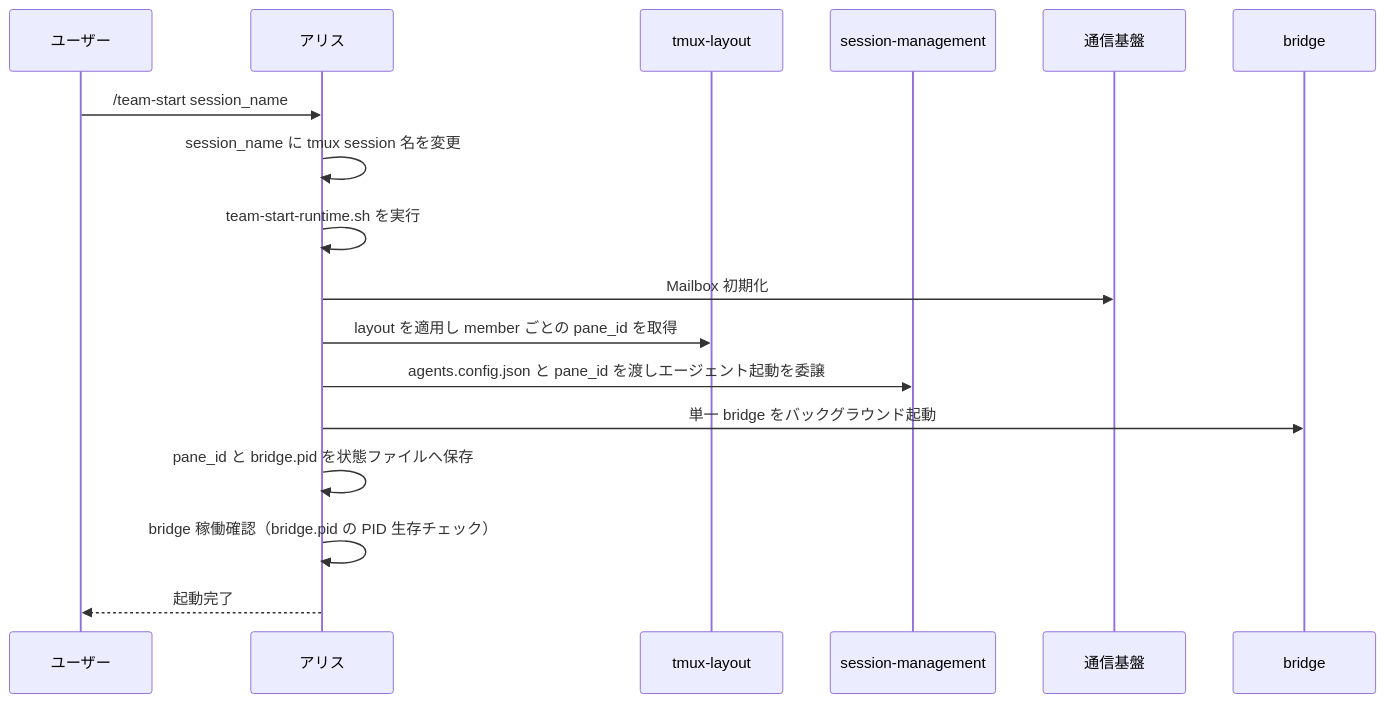
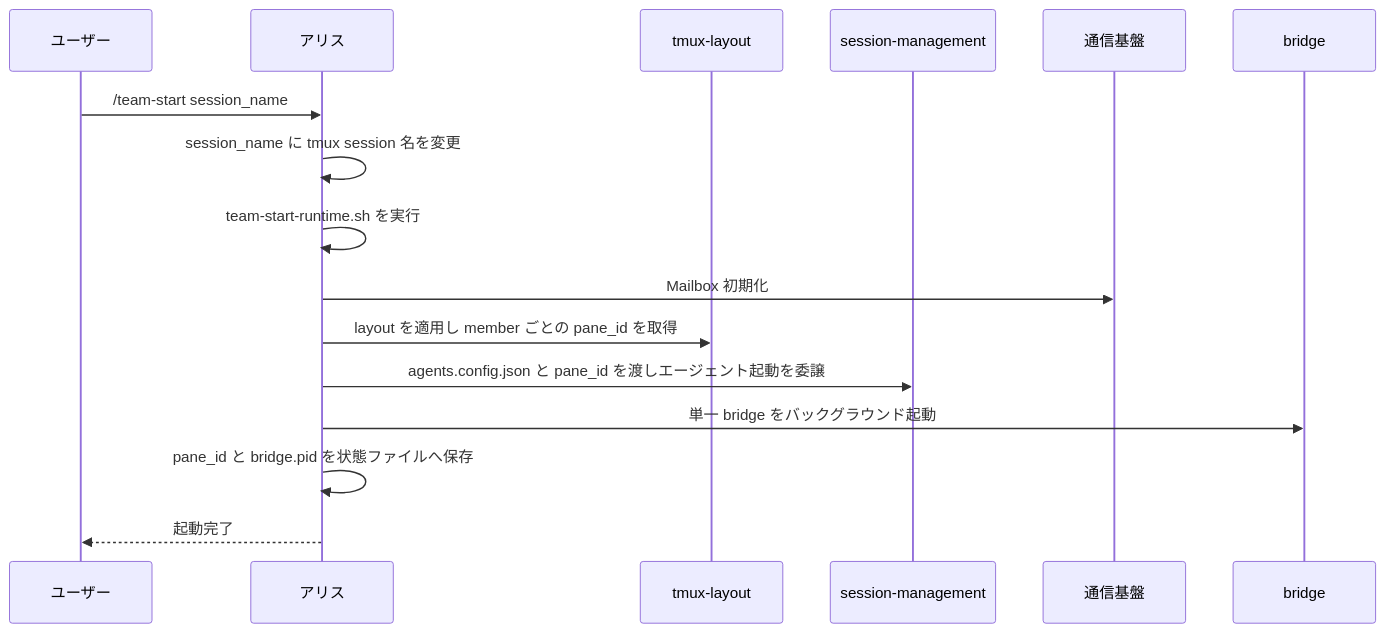
Before and after one commit to motivo-solutions/agent-team: the second of 4 diagrams in team-management/docs/SPEC.md, drawn with Mermaid. The commit also changed other lines of this file and 5 other files, not shown here.

````diff
--- a/team-management/docs/SPEC.md
+++ b/team-management/docs/SPEC.md
@@ -39,20 +39,19 @@
 ```mermaid
 sequenceDiagram
     participant U as ユーザー
     participant A as アリス
     participant TL as tmux-layout
     participant SM as session-management
     participant CM as 通信基盤
     participant BR as bridge
 
     U->>A: /team-start session_name
     A->>A: session_name に tmux session 名を変更
     A->>A: team-start-runtime.sh を実行
     A->>CM: Mailbox 初期化
     A->>TL: layout を適用し member ごとの pane_id を取得
     A->>SM: agents.config.json と pane_id を渡しエージェント起動を委譲
     A->>BR: 単一 bridge をバックグラウンド起動
     A->>A: pane_id と bridge.pid を状態ファイルへ保存
-    A->>A: bridge 稼働確認（bridge.pid の PID 生存チェック）
     A-->>U: 起動完了
 ```
````
